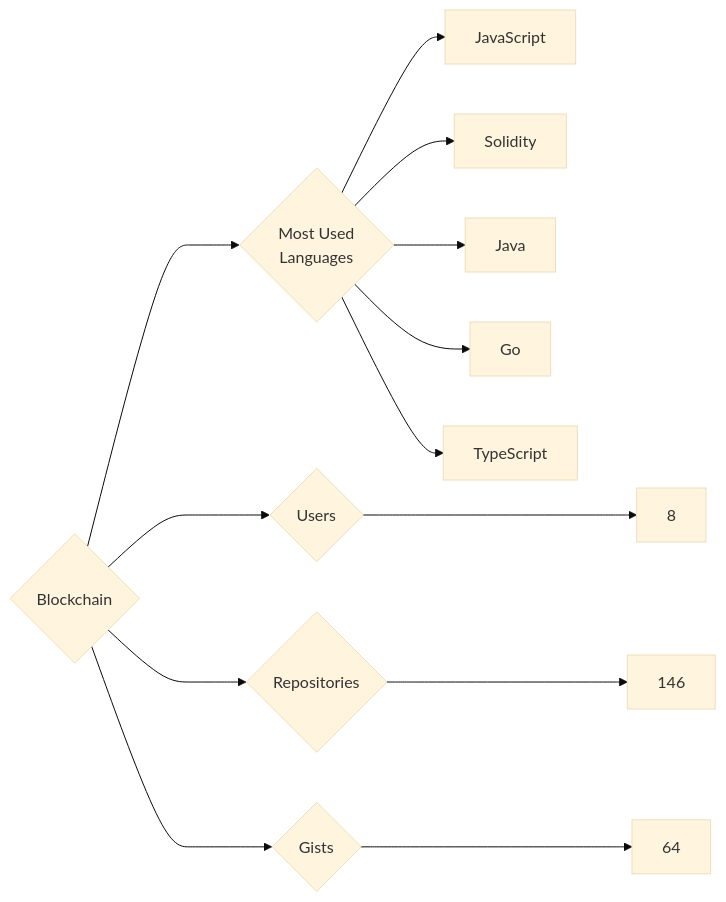
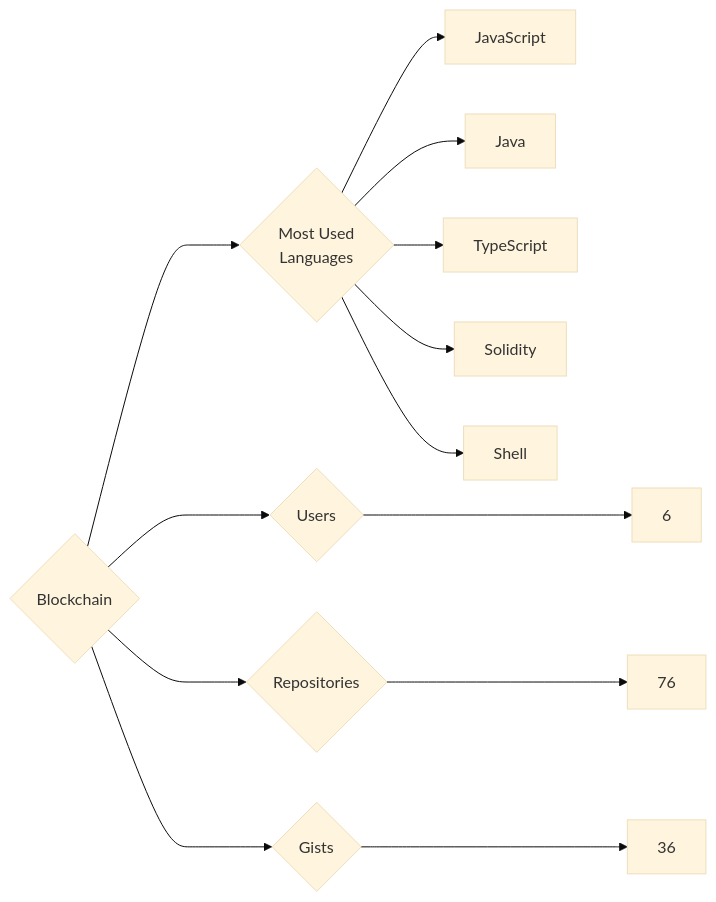
Before and after one commit to trickest/insiders: the diagram in targets/Blockchain/README.md, drawn with Mermaid (base theme). The commit also changed 912 other files, not shown here.

````diff
--- a/targets/Blockchain/README.md
+++ b/targets/Blockchain/README.md
@@ -3,13 +3,13 @@
 ```mermaid
 graph LR
 COMPANY_NAME{Blockchain}
-COMPANY_NAME ---> U{Users} ---> UN[8]
-COMPANY_NAME ---> R{Repositories} ---> RN[146]
-COMPANY_NAME ---> G{Gists} ---> GN[64]
+COMPANY_NAME ---> U{Users} ---> UN[6]
+COMPANY_NAME ---> R{Repositories} ---> RN[76]
+COMPANY_NAME ---> G{Gists} ---> GN[36]
 COMPANY_NAME ---> ML{Most Used<br>Languages}
 ML --> JavaScript[JavaScript]
+ML --> Java[Java]
+ML --> TypeScript[TypeScript]
 ML --> Solidity[Solidity]
-ML --> Java[Java]
-ML --> Go[Go]
-ML --> TypeScript[TypeScript]
+ML --> Shell[Shell]
 ```
````
